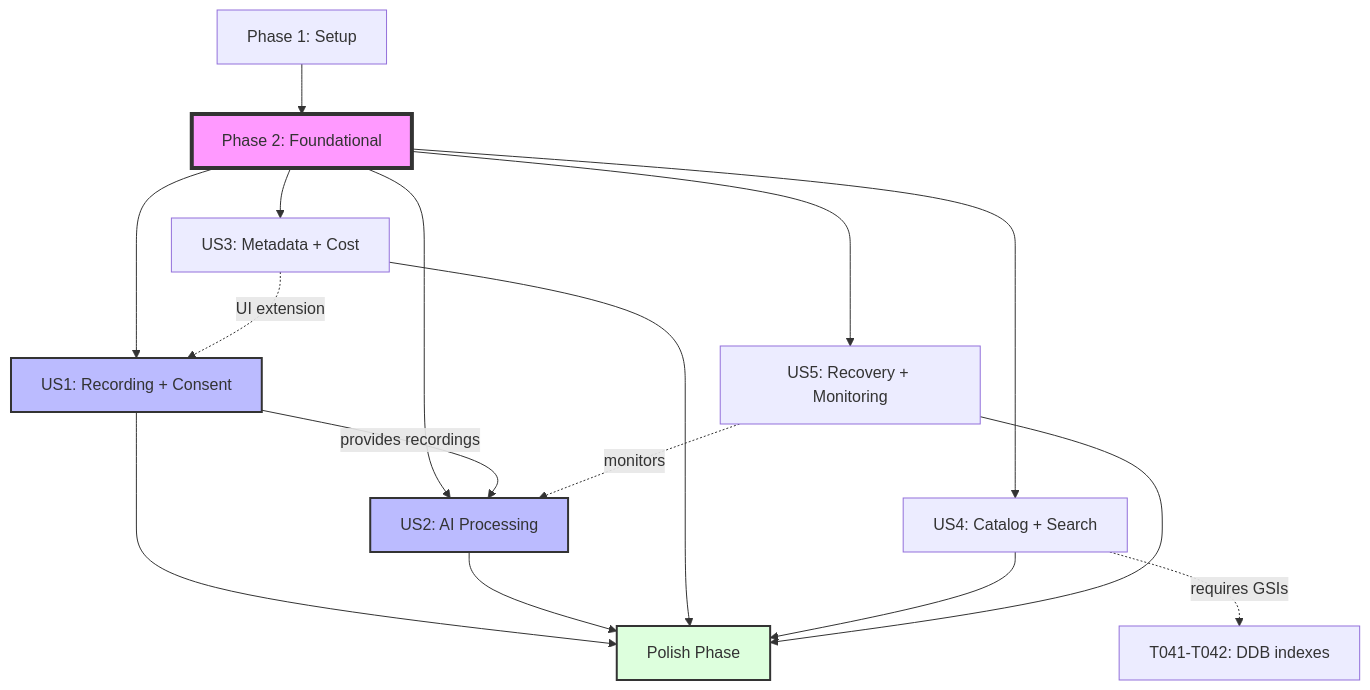
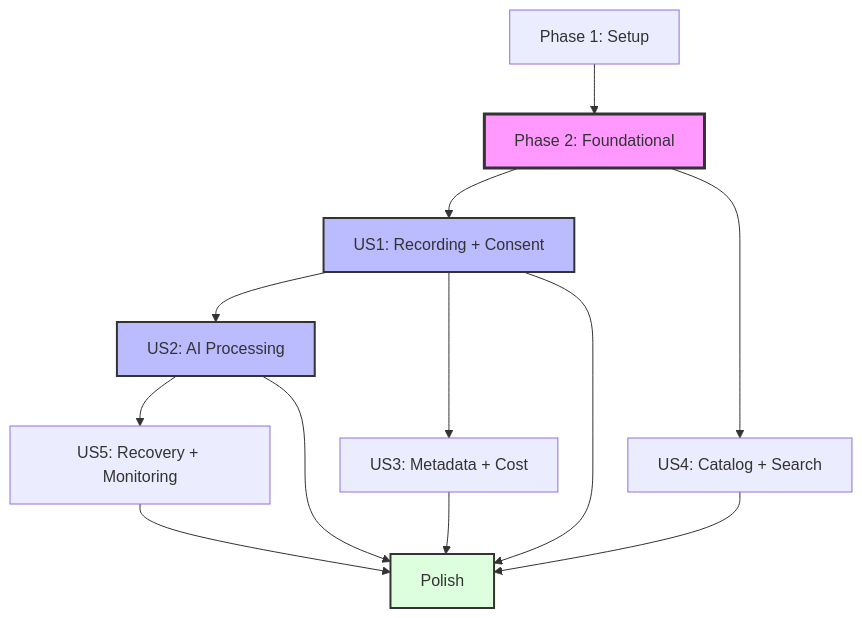
Before and after one commit to cornflowerblu/meeting-recorder-summarizer: the diagram in specs/001-meeting-recorder-ai/tasks.md, drawn with Mermaid. The commit also changed other lines of this file, not shown here.

First line of the commit message:
docs: mark Phase 1 & 2 tasks complete in tasks.md

````diff
--- a/specs/001-meeting-recorder-ai/tasks.md
+++ b/specs/001-meeting-recorder-ai/tasks.md
@@ -257,25 +222,19 @@
 ```mermaid
 graph TD
-  P1[Phase 1: Setup] --> P2[Phase 2: Foundational]
-  P2 --> US1[US1: Recording + Consent]
-  P2 --> US2[US2: AI Processing]
-  P2 --> US3[US3: Metadata + Cost]
-  P2 --> US4[US4: Catalog + Search]
-  P2 --> US5[US5: Recovery + Monitoring]
+	P1[Phase 1: Setup] --> P2[Phase 2: Foundational]
+	P2 --> US1[US1: Recording + Consent]
+	US1 --> US2[US2: AI Processing]
+	US1 --> US3[US3: Metadata + Cost]
+	P2 --> US4[US4: Catalog + Search]
+	US2 --> US5[US5: Recovery + Monitoring]
+	US4 --> POLISH[Polish]
+	US5 --> POLISH
+	US3 --> POLISH
+	US2 --> POLISH
+	US1 --> POLISH
 
-  US1 -->|provides recordings| US2
-  US3 -.->|UI extension| US1
-  US4 -.->|requires GSIs| DDB[T041-T042: DDB indexes]
-  US5 -.->|monitors| US2
-
-  US1 --> POLISH[Polish Phase]
-  US2 --> POLISH
-  US3 --> POLISH
-  US4 --> POLISH
-  US5 --> POLISH
-
-  style P2 fill:#f9f,stroke:#333,stroke-width:4px
-  style US1 fill:#bbf,stroke:#333,stroke-width:2px
-  style US2 fill:#bbf,stroke:#333,stroke-width:2px
-  style POLISH fill:#dfd,stroke:#333,stroke-width:2px
+	style P2 fill:#f9f,stroke:#333,stroke-width:3px
+	style US1 fill:#bbf,stroke:#333,stroke-width:2px
+	style US2 fill:#bbf,stroke:#333,stroke-width:2px
+	style POLISH fill:#dfd,stroke:#333,stroke-width:2px
 ```
````
